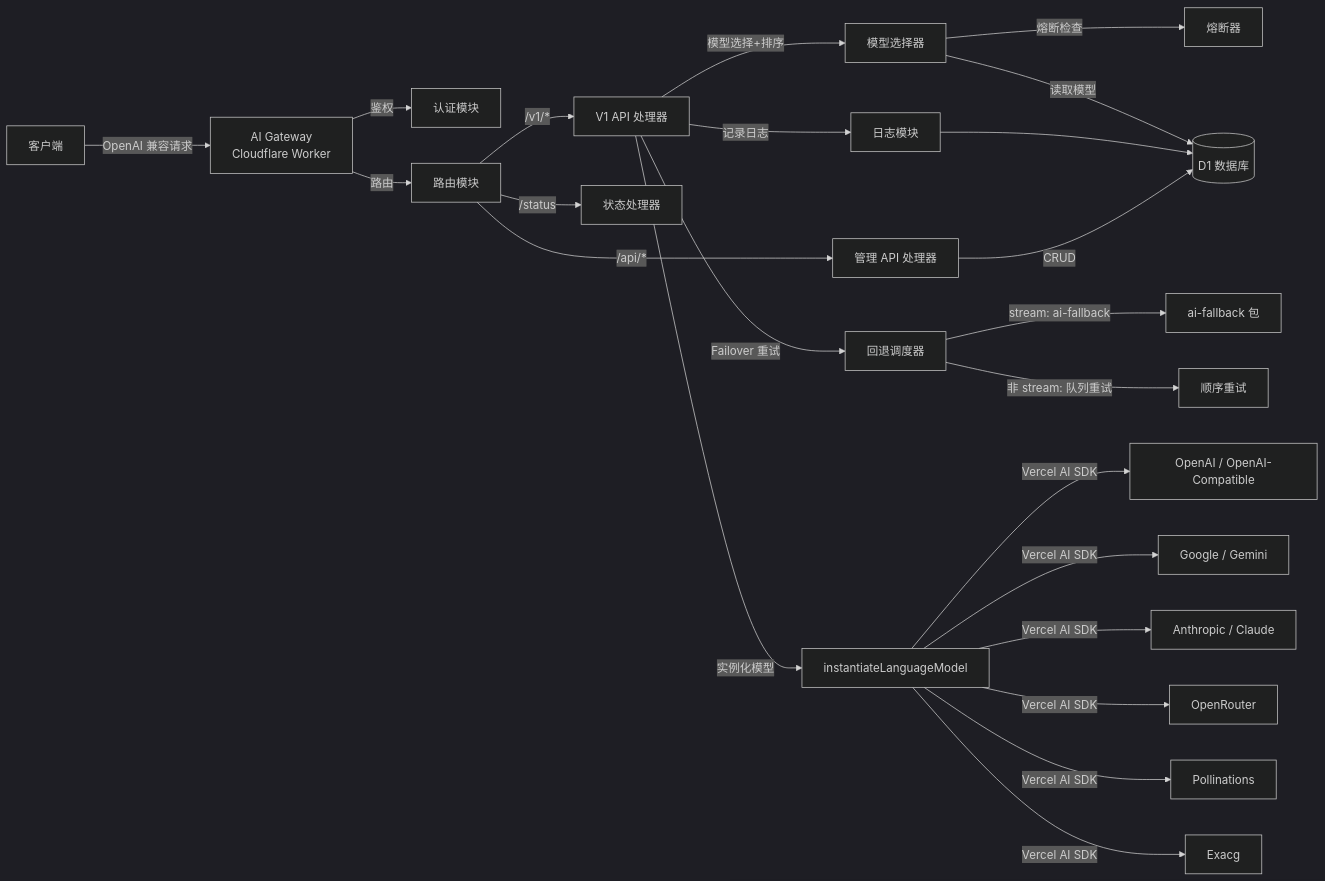
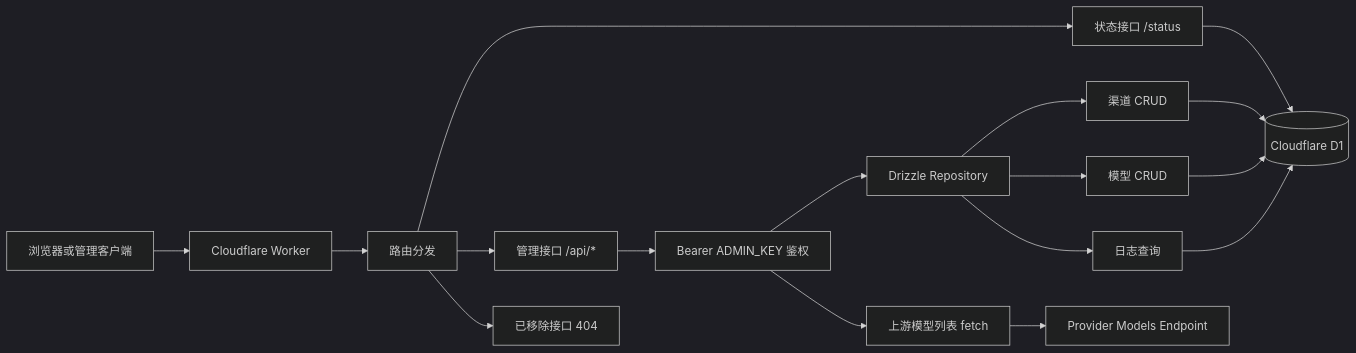
The second of 5 diagrams in DEVELOPMENT.md (excing/open-ai-gateway), drawn with Mermaid (dark theme) before and after one commit. The commit also changed other lines of this file and 11 other files, not shown here.

````diff
--- a/DEVELOPMENT.md
+++ b/DEVELOPMENT.md
@@ -70,25 +60,19 @@
 ```mermaid
 graph LR
-    Client[客户端] -->|OpenAI 兼容请求| GW[AI Gateway<br/>Cloudflare Worker]
-    GW -->|鉴权| Auth[认证模块]
-    GW -->|路由| Router[路由模块]
-    Router -->|/v1/*| V1[V1 API 处理器]
-    Router -->|/api/*| Admin[管理 API 处理器]
-    Router -->|/status| Status[状态处理器]
-    V1 -->|模型选择+排序| Selector[模型选择器]
-    Selector -->|熔断检查| CB[熔断器]
-    Selector -->|读取模型| D1[(D1 数据库)]
-    V1 -->|Failover 重试| Failover[回退调度器]
-    Failover -->|stream: ai-fallback| AIF[ai-fallback 包]
-    Failover -->|非 stream: 队列重试| Queue[顺序重试]
-    V1 -->|实例化模型| ILM[instantiateLanguageModel]
-    ILM -->|Vercel AI SDK| OpenAI_P[OpenAI / OpenAI-Compatible]
-    ILM -->|Vercel AI SDK| Google_P[Google / Gemini]
-    ILM -->|Vercel AI SDK| Anthropic_P[Anthropic / Claude]
-    ILM -->|Vercel AI SDK| OpenRouter_P[OpenRouter]
-    ILM -->|Vercel AI SDK| Pollinations_P[Pollinations]
-    ILM -->|Vercel AI SDK| Exacg_P[Exacg]
-    V1 -->|记录日志| Logger[日志模块]
-    Logger --> D1
-    Admin -->|CRUD| D1
+    Client[浏览器或管理客户端] --> Worker[Cloudflare Worker]
+    Worker --> Router[路由分发]
+    Router --> Status[状态接口 /status]
+    Router --> Admin[管理接口 /api/*]
+    Router --> Removed[已移除接口 404]
+    Admin --> Auth[Bearer ADMIN_KEY 鉴权]
+    Auth --> Repo[Drizzle Repository]
+    Repo --> Channel[渠道 CRUD]
+    Repo --> Model[模型 CRUD]
+    Repo --> Logs[日志查询]
+    Auth --> Upstream[上游模型列表 fetch]
+    Channel --> D1[(Cloudflare D1)]
+    Model --> D1
+    Logs --> D1
+    Status --> D1
+    Upstream --> Provider[Provider Models Endpoint]
 ```
````
